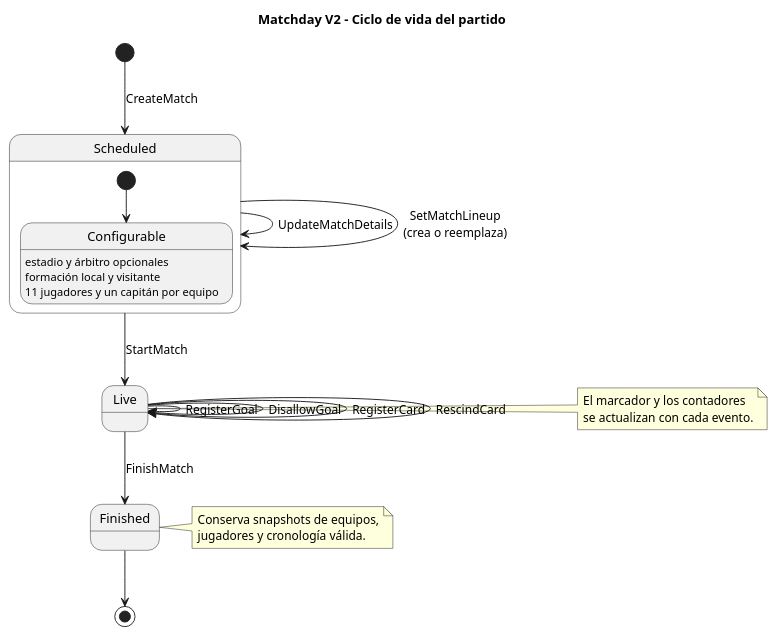
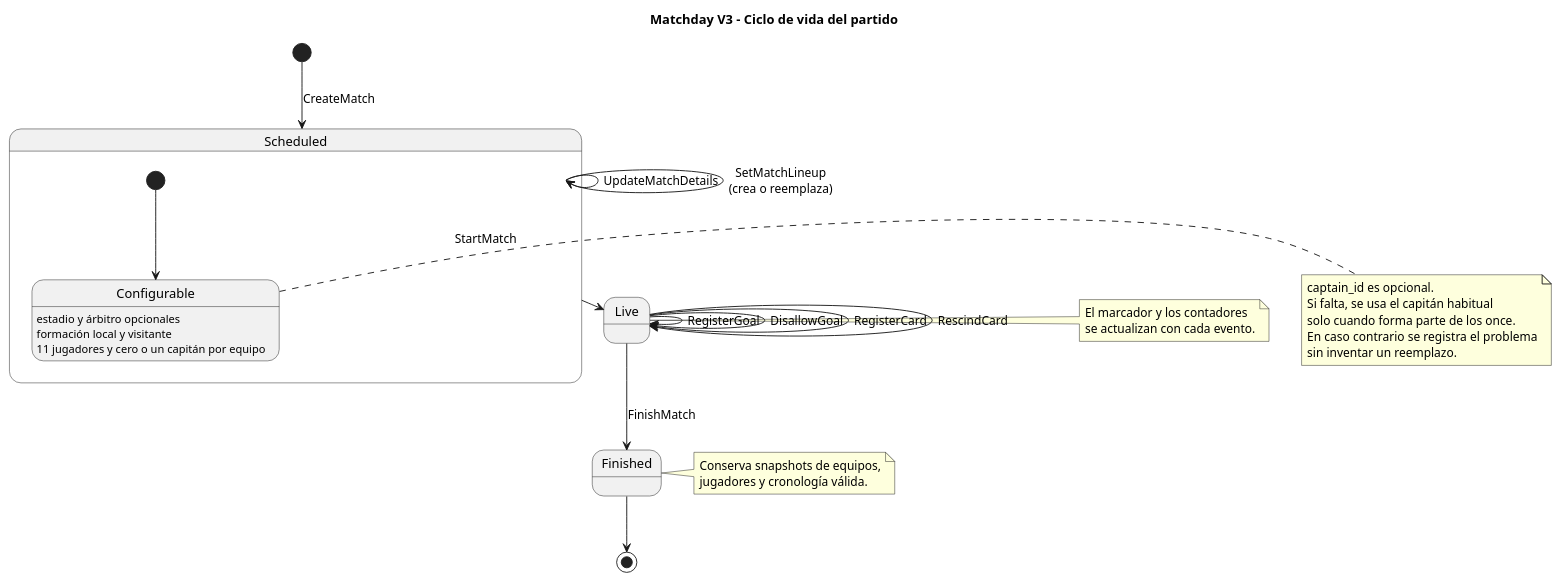
The diagram in docs/diagrams/match-lifecycle.puml (JaredDet/Match-Day), drawn with PlantUML before and after one commit. The commit also changed 8 other files, not shown here.

```diff
--- a/docs/diagrams/match-lifecycle.puml
+++ b/docs/diagrams/match-lifecycle.puml
@@ -1,31 +1,39 @@
 @startuml Match Lifecycle
-title Matchday V2 - Ciclo de vida del partido
+title Matchday V3 - Ciclo de vida del partido
 
 [*] --> Scheduled : CreateMatch
 Scheduled --> Scheduled : UpdateMatchDetails
 Scheduled --> Scheduled : SetMatchLineup\n(crea o reemplaza)
 Scheduled --> Live : StartMatch
 Live --> Live : RegisterGoal
 Live --> Live : DisallowGoal
 Live --> Live : RegisterCard
 Live --> Live : RescindCard
 Live --> Finished : FinishMatch
 Finished --> [*]
 
 state Scheduled {
   [*] --> Configurable
   Configurable : estadio y árbitro opcionales
   Configurable : formación local y visitante
-  Configurable : 11 jugadores y un capitán por equipo
+  Configurable : 11 jugadores y cero o un capitán por equipo
 }
+
+note right of Configurable
+  captain_id es opcional.
+  Si falta, se usa el capitán habitual
+  solo cuando forma parte de los once.
+  En caso contrario se registra el problema
+  sin inventar un reemplazo.
+end note
 
 note right of Live
   El marcador y los contadores
   se actualizan con cada evento.
 end note
 
 note right of Finished
   Conserva snapshots de equipos,
   jugadores y cronología válida.
 end note
 @enduml
```
